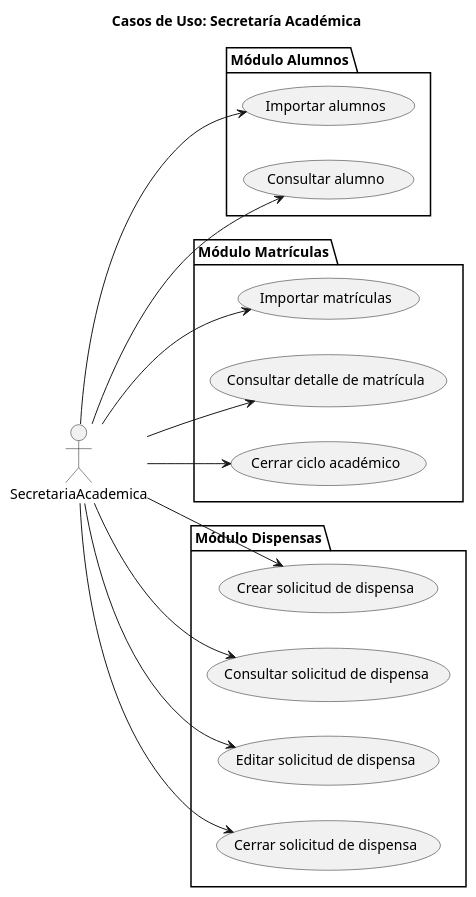
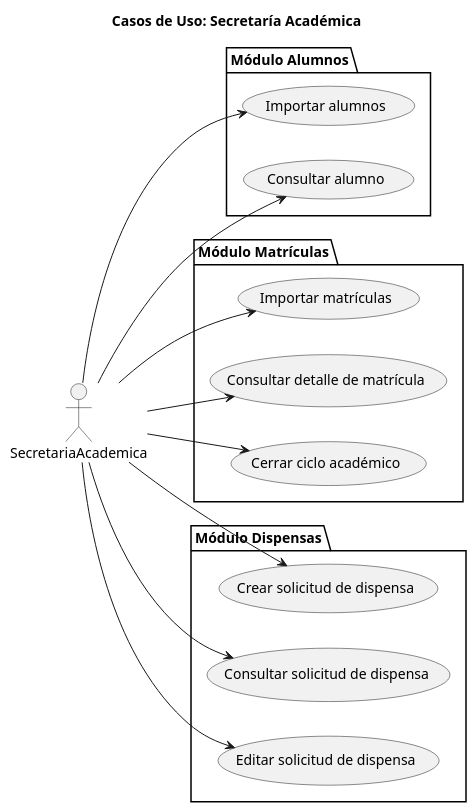
Before and after one commit to enmabry/25-26-IdSw1-SdR: the diagram in documents/CasosDeUso/CasoDeUso/Secretaria/DiagramaCompletoCasoDeUso.puml, drawn with PlantUML. The commit also changed 44 other files, not shown here.

```diff
--- a/documents/CasosDeUso/CasoDeUso/Secretaria/DiagramaCompletoCasoDeUso.puml
+++ b/documents/CasosDeUso/CasoDeUso/Secretaria/DiagramaCompletoCasoDeUso.puml
@@ -1,37 +1,35 @@
 @startuml
 Title Casos de Uso: Secretaría Académica
 left to right direction
 skinparam style strictuml
 
 actor SecretariaAcademica
 
 package "Módulo Alumnos" {
     usecase "Importar alumnos" as AlumnosImportar
     usecase "Consultar alumno" as AlumnosConsultar
 }
 
 package "Módulo Matrículas" {
     usecase "Importar matrículas" as MatriculasImportar
     usecase "Consultar detalle de matrícula" as MatriculasVerDetalle
     usecase "Cerrar ciclo académico" as MatriculasCerrarCiclo
 }
 
 package "Módulo Dispensas" {
     usecase "Crear solicitud de dispensa" as DispensasCrear
     usecase "Consultar solicitud de dispensa" as DispensasConsultar
     usecase "Editar solicitud de dispensa" as DispensasEditar
-    usecase "Cerrar solicitud de dispensa" as DispensasCerrar
 }
 
 SecretariaAcademica --> AlumnosImportar
 SecretariaAcademica --> AlumnosConsultar
 
 SecretariaAcademica --> MatriculasImportar
 SecretariaAcademica --> MatriculasVerDetalle
 SecretariaAcademica --> MatriculasCerrarCiclo
 
 SecretariaAcademica --> DispensasCrear
 SecretariaAcademica --> DispensasConsultar
 SecretariaAcademica --> DispensasEditar
-SecretariaAcademica --> DispensasCerrar
 @enduml
```
